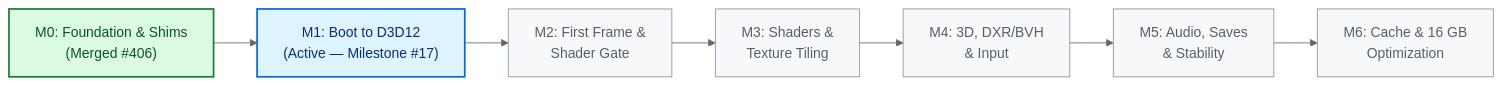
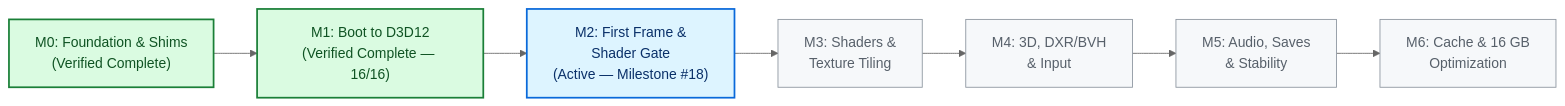
Before and after one commit to 1Bartosz/betterxen: the first of 2 diagrams in README.md, drawn with Mermaid (neutral theme). The commit also changed other lines of this file and 2 other files, not shown here.

Commit message:
Update README and roadmap for M1 completion and M2 kickoff

````diff
--- a/README.md
+++ b/README.md
@@ -34,16 +34,16 @@
 ```mermaid
 flowchart LR
-    M0["M0: Foundation & Shims\n(Merged #406)"]:::done
-    M1["M1: Boot to D3D12\n(Active — Milestone #17)"]:::active
-    M2["M2: First Frame &\nShader Gate"]:::planned
+    M0["M0: Foundation & Shims\n(Verified Complete)"]:::done
+    M1["M1: Boot to D3D12\n(Verified Complete — 16/16)"]:::done
+    M2["M2: First Frame &\nShader Gate\n(Active — Milestone #18)"]:::active
     M3["M3: Shaders &\nTexture Tiling"]:::planned
     M4["M4: 3D, DXR/BVH\n& Input"]:::planned
     M5["M5: Audio, Saves\n& Stability"]:::planned
     M6["M6: Cache & 16 GB\nOptimization"]:::planned
 
     M0 --> M1 --> M2 --> M3 --> M4 --> M5 --> M6
 
     classDef done fill:#dafbe1,stroke:#1a7f37,color:#0f5323,stroke-width:2px
     classDef active fill:#ddf4ff,stroke:#0969da,color:#0a3069,stroke-width:2px
     classDef planned fill:#f6f8fa,stroke:#8c959f,color:#57606a
 ```
````
